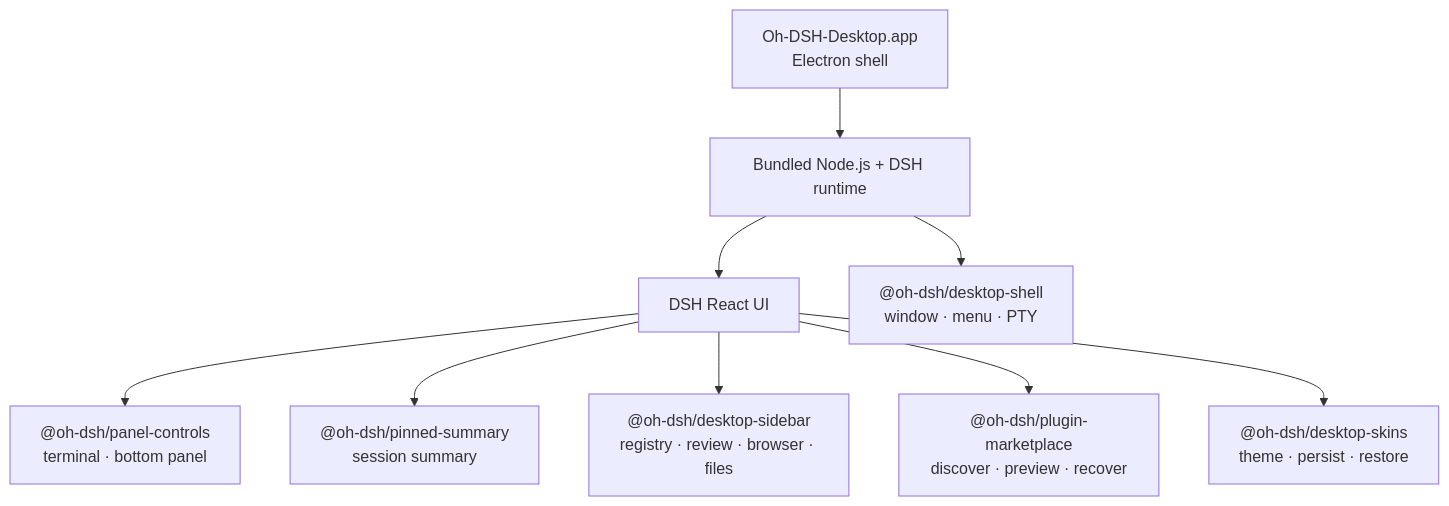
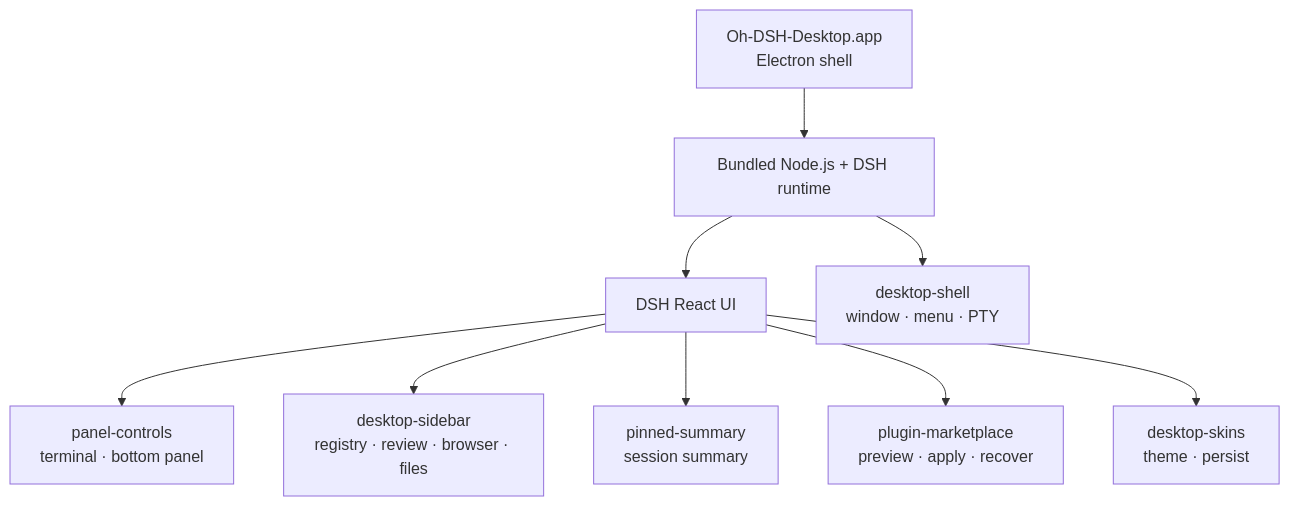
The diagram in README.en.md (7oMB2006/oh-dsh), drawn with Mermaid before and after one commit. The commit also changed other lines of this file and 5 other files, not shown here.

````diff
--- a/README.en.md
+++ b/README.en.md
@@ -182,21 +128,20 @@
 ```mermaid
 flowchart TB
   App["Oh-DSH-Desktop.app<br/>Electron shell"]
   Runtime["Bundled Node.js + DSH runtime"]
   UI["DSH React UI"]
-  Shell["@oh-dsh/desktop-shell<br/>window · menu · PTY"]
-  Panels["@oh-dsh/panel-controls<br/>terminal · bottom panel"]
-  Summary["@oh-dsh/pinned-summary<br/>session summary"]
-  Tools["@oh-dsh/desktop-sidebar<br/>registry · review · browser · files"]
-  Market["@oh-dsh/plugin-marketplace<br/>discover · preview · recover"]
-  Skins["@oh-dsh/desktop-skins<br/>theme · persist · restore"]
+  Shell["desktop-shell<br/>window · menu · PTY"]
+  Panels["panel-controls<br/>terminal · bottom panel"]
+  Sidebar["desktop-sidebar<br/>registry · review · browser · files"]
+  Summary["pinned-summary<br/>session summary"]
+  Market["plugin-marketplace<br/>preview · apply · recover"]
+  Skins["desktop-skins<br/>theme · persist"]
 
-  App --> Runtime
-  Runtime --> UI
+  App --> Runtime --> UI
   Runtime --> Shell
   UI --> Panels
+  UI --> Sidebar
   UI --> Summary
-  UI --> Tools
   UI --> Market
   UI --> Skins
 ```
````
